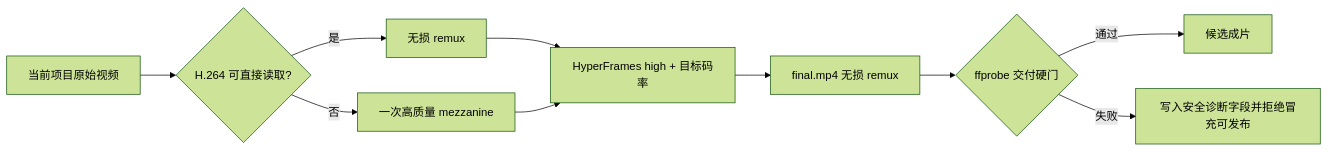
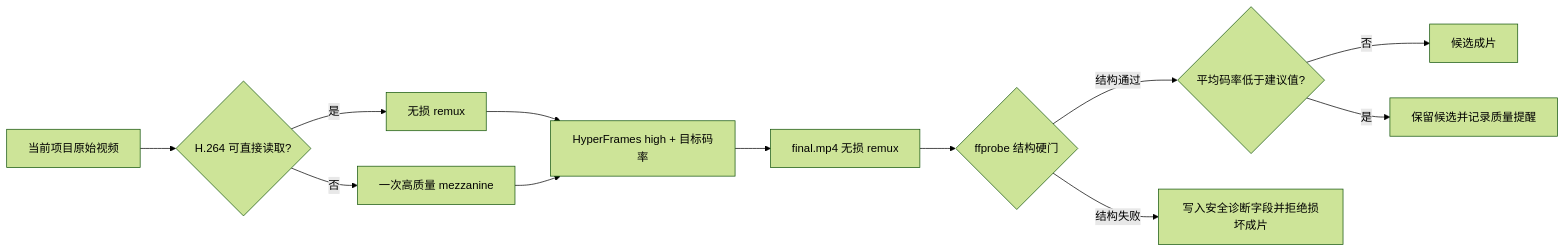
Before and after one commit to zzyong24/Thirdspace-creator: the diagram in docs/superpowers/specs/2026-08-10-video-render-delivery-quality.md, drawn with Mermaid (forest theme). The commit also changed other lines of this file and 10 other files, not shown here.

````diff
--- a/docs/superpowers/specs/2026-08-10-video-render-delivery-quality.md
+++ b/docs/superpowers/specs/2026-08-10-video-render-delivery-quality.md
@@ -15,12 +15,14 @@
 ```mermaid
 flowchart LR
   S["当前项目原始视频"] --> C{"H.264 可直接读取?"}
   C -->|"是"| R["无损 remux"]
   C -->|"否"| M["一次高质量 mezzanine"]
   R --> H["HyperFrames high + 目标码率"]
   M --> H
   H --> F["final.mp4 无损 remux"]
-  F --> G{"ffprobe 交付硬门"}
-  G -->|"通过"| O["候选成片"]
-  G -->|"失败"| D["写入安全诊断字段并拒绝冒充可发布"]
+  F --> G{"ffprobe 结构硬门"}
+  G -->|"结构通过"| B{"平均码率低于建议值?"}
+  B -->|"否"| O["候选成片"]
+  B -->|"是"| W["保留候选并记录质量提醒"]
+  G -->|"结构失败"| D["写入安全诊断字段并拒绝损坏成片"]
 ```
````
